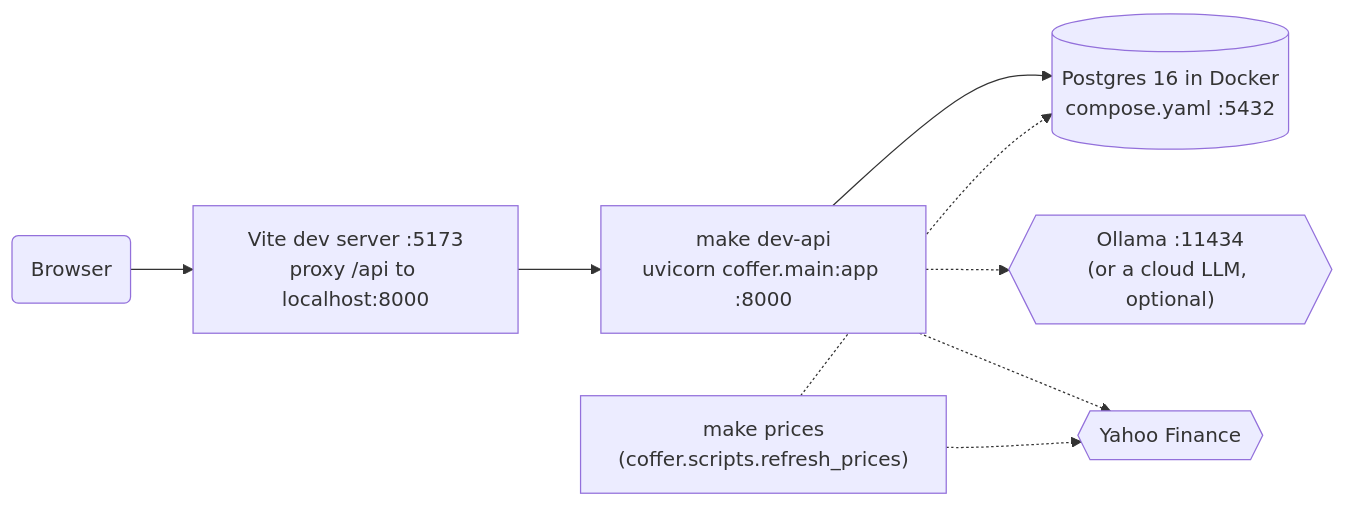
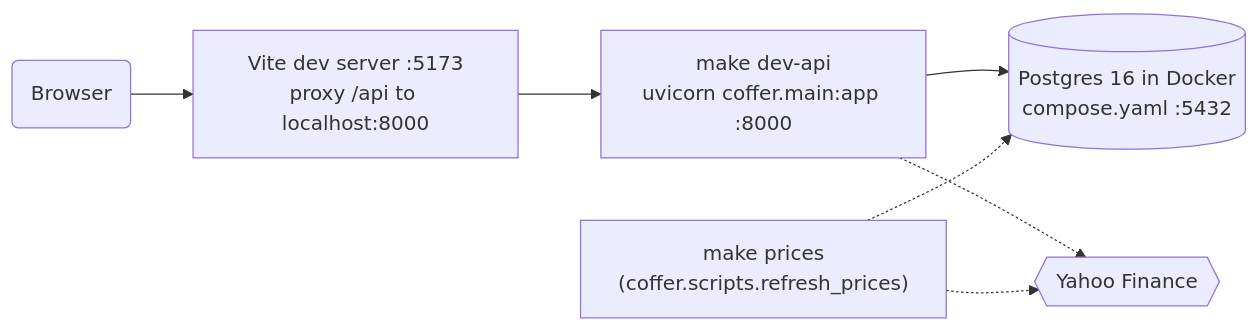
The second of 5 diagrams in docs/architecture.md (krzysztof-wojtowicz/coffer-demo), drawn with Mermaid before and after one commit. The commit also changed other lines of this file and 286 other files, not shown here.

````diff
--- a/docs/architecture.md
+++ b/docs/architecture.md
@@ -76,16 +67,14 @@
 ```mermaid
 flowchart LR
     browser("Browser")
     vite["Vite dev server :5173<br/>proxy /api to localhost:8000"]
     api["make dev-api<br/>uvicorn coffer.main:app :8000"]
     pg[("Postgres 16 in Docker<br/>compose.yaml :5432")]
-    ollama{{"Ollama :11434<br/>(or a cloud LLM, optional)"}}
     yahoo{{"Yahoo Finance"}}
     prices["make prices<br/>(coffer.scripts.refresh_prices)"]
 
     browser --> vite --> api --> pg
-    api -.-> ollama
     api -.-> yahoo
     prices -.-> yahoo
     prices -.-> pg
 ```
````
